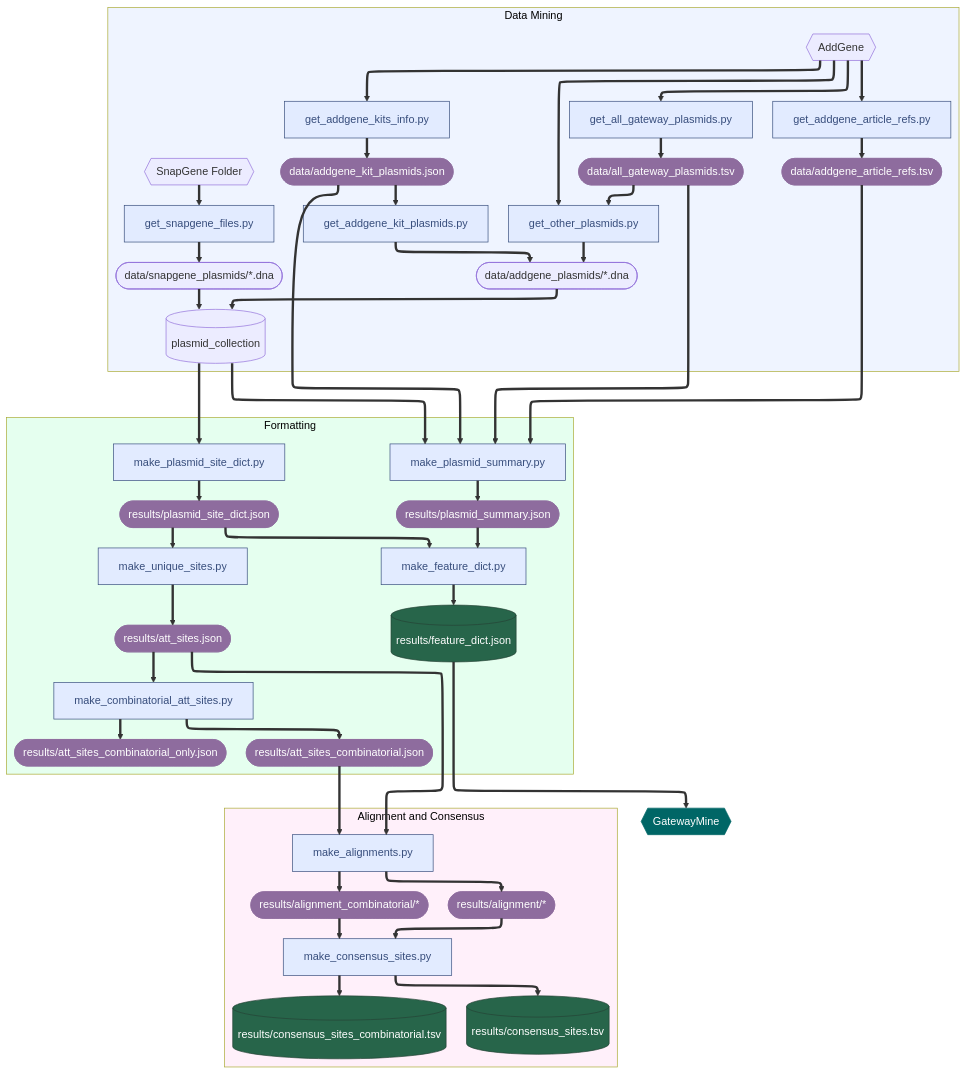
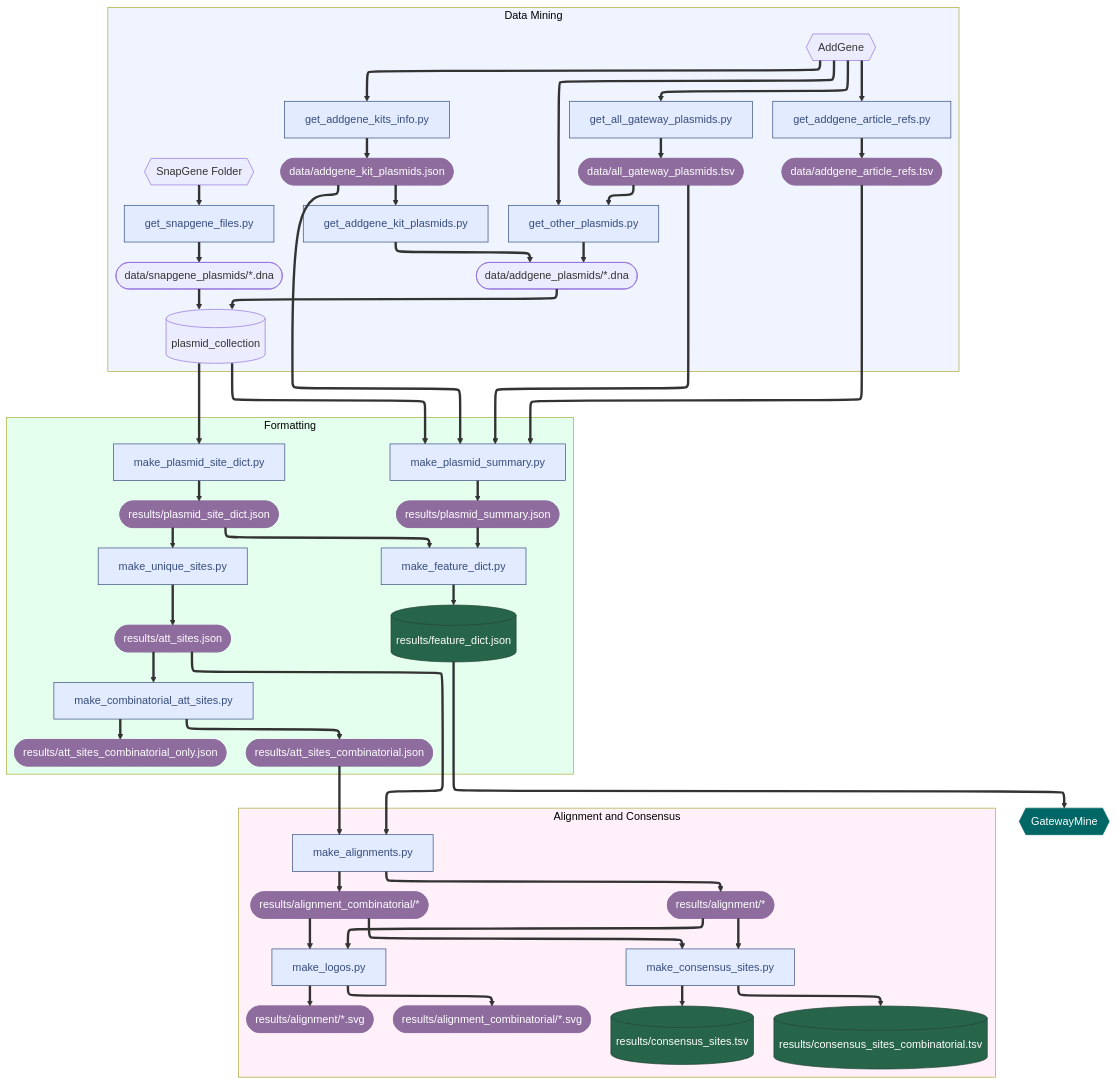
The second of 2 diagrams in README.md (manulera/GateWayMine), drawn with Mermaid before and after one commit. The commit also changed 64 other files, not shown here.

Commit message:
add sequence logos

```diff
--- a/README.md
+++ b/README.md
@@ -130,6 +130,7 @@
       make_combinatorial_att_sites[make_combinatorial_att_sites.py] ==> att_sites_combinatorial([results/att_sites_combinatorial.json])
       make_combinatorial_att_sites ==> combinatorial_att_sites_only([results/att_sites_combinatorial_only.json])
       end
+
       subgraph AlignmentAndConsensus["Alignment and Consensus"]
       att_sites ==> make_alignments
       att_sites_combinatorial ==> make_alignments
@@ -139,6 +140,10 @@
       alignments_combinatorial ==> make_consensus_sites
       make_consensus_sites[make_consensus_sites.py] ==> consensus_sites[(results/consensus_sites.tsv)]
       make_consensus_sites ==> consensus_sites_combinatorial[(results/consensus_sites_combinatorial.tsv)]
+      alignments ==> make_logos
+      alignments_combinatorial ==> make_logos
+      make_logos[make_logos.py] ==> logos([results/alignment/*.svg])
+      make_logos ==> logos_combinatorial([results/alignment_combinatorial/*.svg])
 
       end
 
@@ -157,6 +162,7 @@
       make_alignments:::Sky
       make_consensus_sites:::Sky
       make_plasmid_site_dict:::Sky
+      make_logos:::Sky
 
       att_sites:::Lavender
       att_sites_combinatorial:::Lavender
@@ -171,6 +177,8 @@
       addgene_article_refs:::Lavender
       addgene_kits:::Lavender
       all_gateway_plasmids:::Lavender
+      logos:::Lavender
+      logos_combinatorial:::Lavender
       GateWayMine:::Peacock
 
       classDef Sky stroke-width:1px, stroke-dasharray:none, stroke:#374D7C, fill:#E2EBFF, color:#374D7C
```
